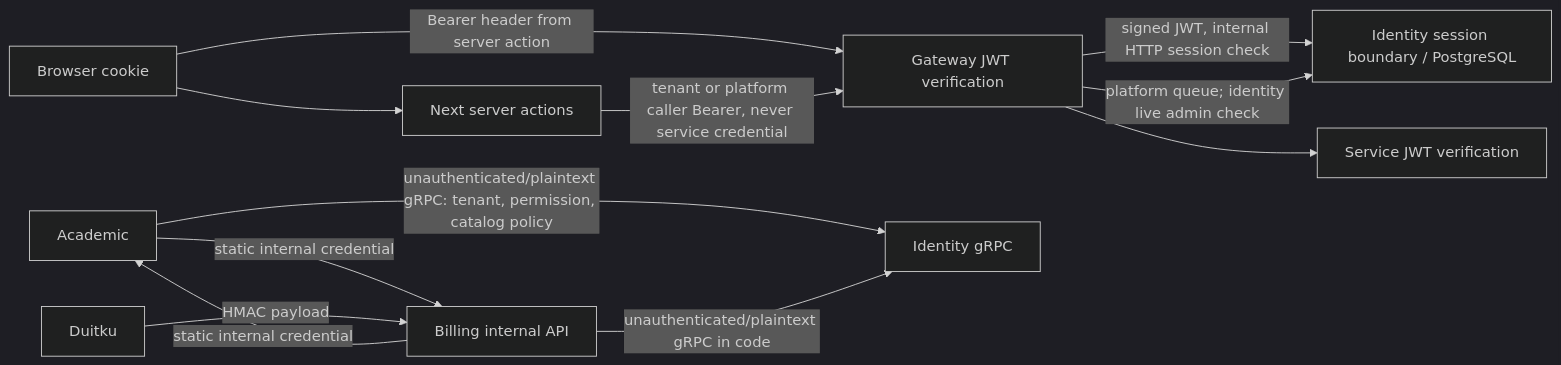
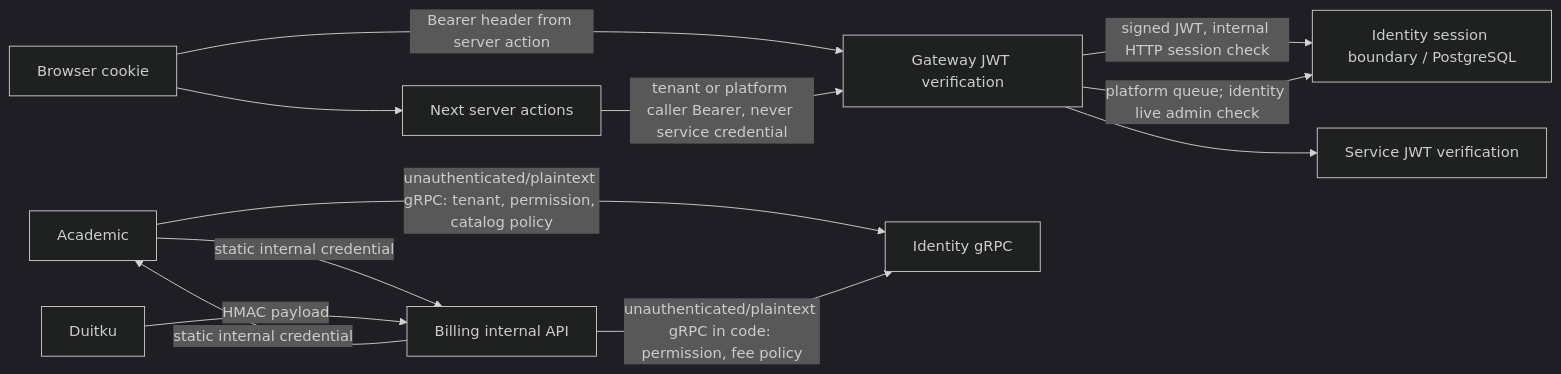
The diagram in docs/05-security.md (kelolakelas/kelolakelas-docs), drawn with Mermaid (dark theme) before and after one commit. The commit also changed other lines of this file and 14 other files, not shown here.

First line of the commit message:
KEL-99: document platform fee policy (ADR 0044) and billing fee snapshot (#107)

````diff
--- a/docs/05-security.md
+++ b/docs/05-security.md
@@ -26,14 +27,14 @@
 ```mermaid
 flowchart LR
   B[Browser cookie] --> W[Next server actions]
   B -->|Bearer header from server action| G[Gateway JWT verification]
   G -->|signed JWT, internal HTTP session check| IHTTP[Identity session boundary / PostgreSQL]
   G --> S[Service JWT verification]
   W -->|tenant or platform caller Bearer, never service credential| G
   G -->|platform queue; identity live admin check| IHTTP
   A[Academic] -->|static internal credential| BL[Billing internal API]
   BL -->|static internal credential| A
   P[Duitku] -->|HMAC payload| BL
   A -->|unauthenticated/plaintext gRPC: tenant, permission, catalog policy| I[Identity gRPC]
-  BL -->|unauthenticated/plaintext gRPC in code| I
+  BL -->|unauthenticated/plaintext gRPC in code: permission, fee policy| I
 ```
````
